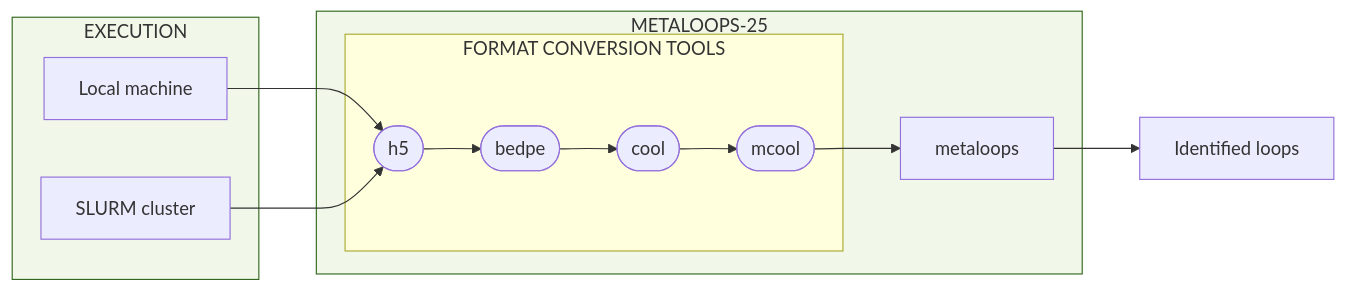
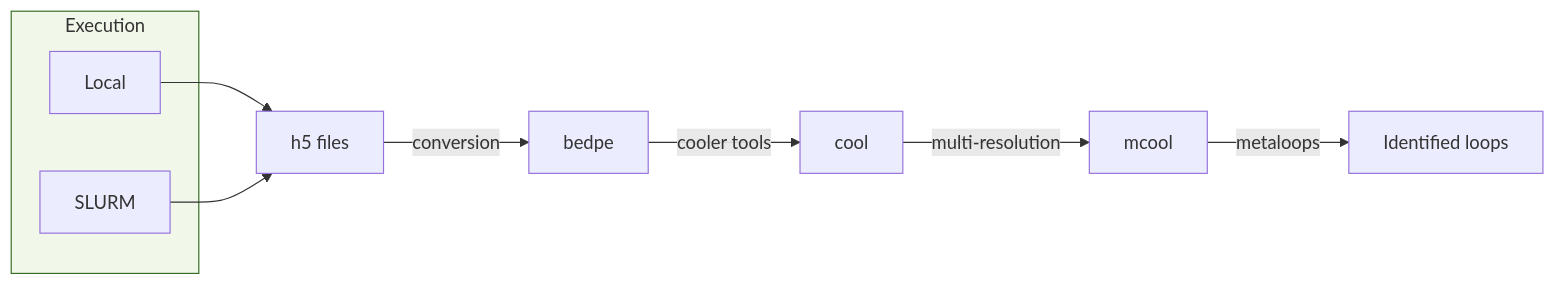
Before and after one commit to ccarloscr/metaloops-toolkit: the diagram in README.md, drawn with Mermaid. The commit also changed other lines of this file, not shown here.

Commit message:
Rename repository from metaloops-25 to metaloops-toolkit

````diff
--- a/README.md
+++ b/README.md
@@ -20,21 +20,25 @@
 ```mermaid
 flowchart LR
 
-    subgraph METALOOPS [METALOOPS-25]
-    subgraph FORMAT [FORMAT CONVERSION TOOLS]
-        A([h5]) --> B([bedpe]) --> C([cool]) --> D([mcool])
-    end
-        D --> E[metaloops]
-    end
-    subgraph EXECUTION
-        X[Local machine]
-        Y[SLURM cluster]
+    A[h5 files] 
+        -->|conversion| B[bedpe]
+
+    B 
+        -->|cooler tools| C[cool]
+
+    C 
+        -->|multi-resolution| D[mcool]
+
+    D 
+        -->|metaloops| E[Identified loops]
+
+    subgraph Execution
+        L[Local]
+        S[SLURM]
     end
 
-    X --> A
-    Y --> A
-    E --> Z[Identified loops]
+    L --> A
+    S --> A
 
-style METALOOPS fill:#f1f8e9,stroke:#33691e
-style EXECUTION fill:#f1f8e9,stroke:#33691e
+style Execution fill:#f1f8e9,stroke:#33691e
 ```
````
